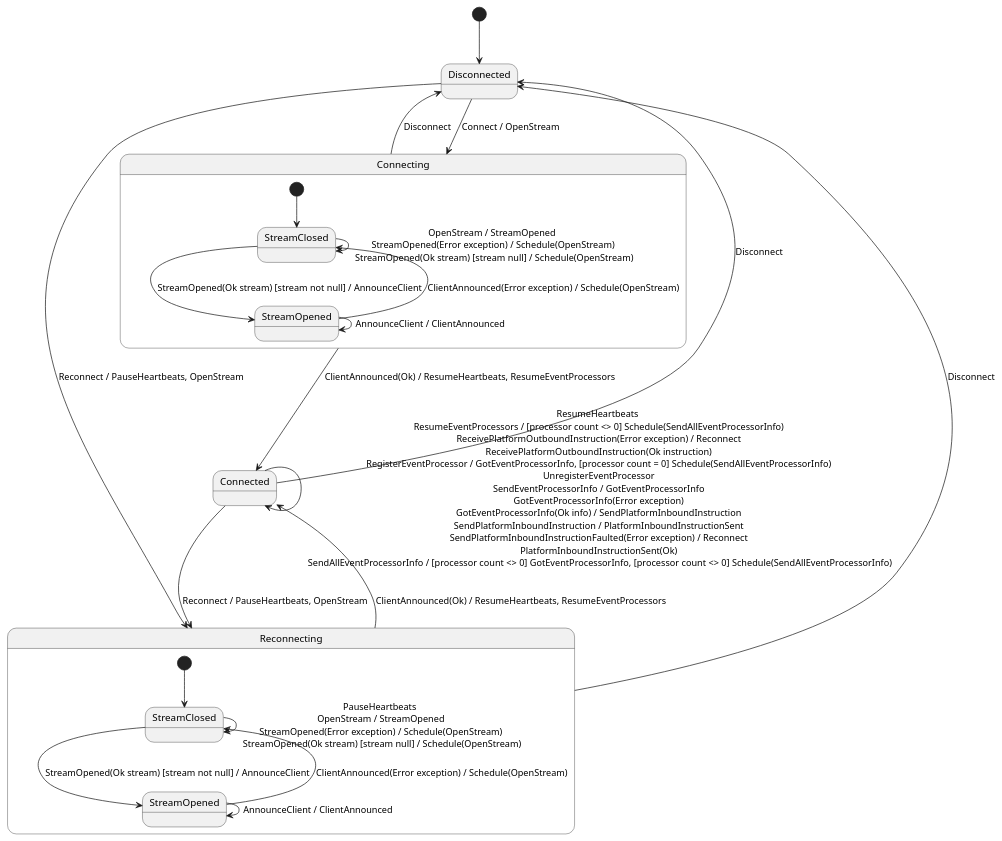
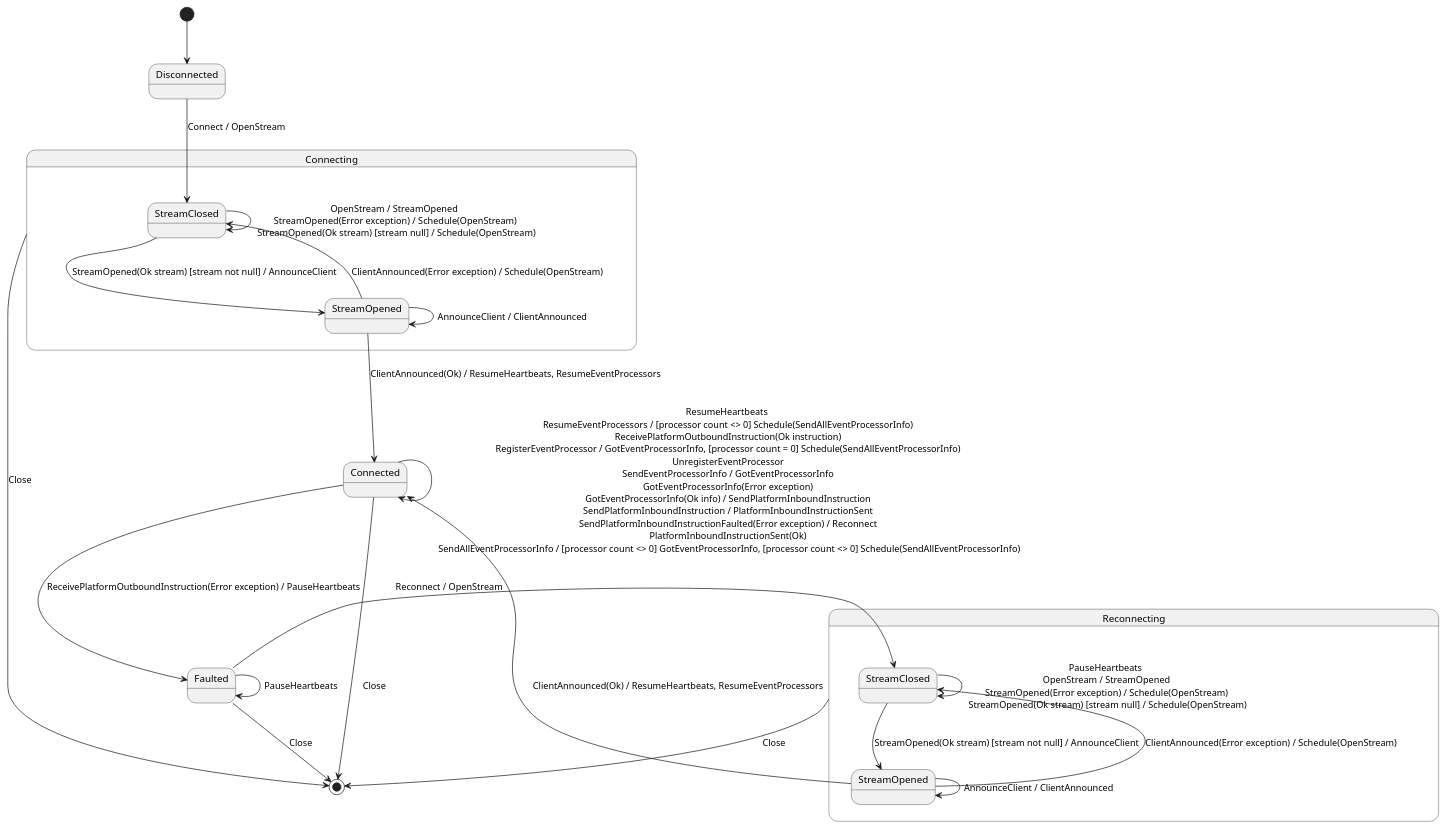
Before and after one commit to AxonIQ/axonserver-connector-dotnet: the diagram in src/AxonIQ.AxonServer.Connector/ControlChannelMachine.plantuml, drawn with PlantUML. The commit also changed 46 other files, not shown here.

```diff
--- a/src/AxonIQ.AxonServer.Connector/ControlChannelMachine.plantuml
+++ b/src/AxonIQ.AxonServer.Connector/ControlChannelMachine.plantuml
@@ -1,29 +1,41 @@
-@startuml ControlChannel Statemachine
+@startuml ControlChannel state machine
 [*] --> Disconnected
-Disconnected --> Connecting: Connect / OpenStream
-Connecting --> Connected: ClientAnnounced(Ok) / ResumeHeartbeats, ResumeEventProcessors
-Connected --> Connected: ResumeHeartbeats \n ResumeEventProcessors / [processor count <> 0] Schedule(SendAllEventProcessorInfo) \n ReceivePlatformOutboundInstruction(Error exception) / Reconnect \n ReceivePlatformOutboundInstruction(Ok instruction) \n RegisterEventProcessor / GotEventProcessorInfo, [processor count = 0] Schedule(SendAllEventProcessorInfo) \n UnregisterEventProcessor \n SendEventProcessorInfo / GotEventProcessorInfo \n GotEventProcessorInfo(Error exception) \n GotEventProcessorInfo(Ok info) / SendPlatformInboundInstruction \n SendPlatformInboundInstruction / PlatformInboundInstructionSent \n SendPlatformInboundInstructionFaulted(Error exception) / Reconnect \n PlatformInboundInstructionSent(Ok) \n SendAllEventProcessorInfo / [processor count <> 0] GotEventProcessorInfo, [processor count <> 0]  Schedule(SendAllEventProcessorInfo)
-Connected --> Reconnecting: Reconnect / PauseHeartbeats, OpenStream
-Disconnected --> Reconnecting: Reconnect / PauseHeartbeats, OpenStream
-Reconnecting --> Connected: ClientAnnounced(Ok) / ResumeHeartbeats, ResumeEventProcessors
-Connected --> Disconnected: Disconnect
-Connecting --> Disconnected: Disconnect
-Reconnecting --> Disconnected: Disconnect
 
 state Connecting {
-    [*] --> Connecting.StreamClosed
-    Connecting.StreamClosed --> Connecting.StreamClosed: OpenStream / StreamOpened \n StreamOpened(Error exception) / Schedule(OpenStream) \n StreamOpened(Ok stream) [stream null] / Schedule(OpenStream)
-    Connecting.StreamClosed --> Connecting.StreamOpened: StreamOpened(Ok stream) [stream not null] / AnnounceClient
-    Connecting.StreamOpened --> Connecting.StreamOpened: AnnounceClient / ClientAnnounced
-    Connecting.StreamOpened --> Connecting.StreamClosed: ClientAnnounced(Error exception) / Schedule(OpenStream) 
+    state Connecting.StreamClosed {
+    }
+    state Connecting.StreamOpened {
+    }     
 }
 
 state Reconnecting {
-    [*] --> Reconnecting.StreamClosed
-    Reconnecting.StreamClosed --> Reconnecting.StreamClosed: PauseHeartbeats \n OpenStream / StreamOpened \n StreamOpened(Error exception) / Schedule(OpenStream) \n StreamOpened(Ok stream) [stream null] / Schedule(OpenStream)
-    Reconnecting.StreamClosed --> Reconnecting.StreamOpened: StreamOpened(Ok stream) [stream not null] / AnnounceClient
-    Reconnecting.StreamOpened --> Reconnecting.StreamOpened: AnnounceClient / ClientAnnounced
-    Reconnecting.StreamOpened --> Reconnecting.StreamClosed: ClientAnnounced(Error exception) / Schedule(OpenStream) 
+    state Reconnecting.StreamClosed {
+    }
+    state Reconnecting.StreamOpened {
+    }     
 }
 
+Disconnected --> Connecting.StreamClosed: Connect / OpenStream
+
+Connected --> Connected: ResumeHeartbeats \n ResumeEventProcessors / [processor count <> 0] Schedule(SendAllEventProcessorInfo) \n ReceivePlatformOutboundInstruction(Ok instruction) \n RegisterEventProcessor / GotEventProcessorInfo, [processor count = 0] Schedule(SendAllEventProcessorInfo) \n UnregisterEventProcessor \n SendEventProcessorInfo / GotEventProcessorInfo \n GotEventProcessorInfo(Error exception) \n GotEventProcessorInfo(Ok info) / SendPlatformInboundInstruction \n SendPlatformInboundInstruction / PlatformInboundInstructionSent \n SendPlatformInboundInstructionFaulted(Error exception) / Reconnect \n PlatformInboundInstructionSent(Ok) \n SendAllEventProcessorInfo / [processor count <> 0] GotEventProcessorInfo, [processor count <> 0] Schedule(SendAllEventProcessorInfo)
+Connected --> Faulted: ReceivePlatformOutboundInstruction(Error exception) / PauseHeartbeats
+Faulted --> Reconnecting.StreamClosed: Reconnect / OpenStream
+Faulted --> Faulted: PauseHeartbeats
+
+Connecting.StreamClosed --> Connecting.StreamClosed: OpenStream / StreamOpened \n StreamOpened(Error exception) / Schedule(OpenStream) \n StreamOpened(Ok stream) [stream null] / Schedule(OpenStream)
+Connecting.StreamClosed --> Connecting.StreamOpened: StreamOpened(Ok stream) [stream not null] / AnnounceClient
+Connecting.StreamOpened --> Connecting.StreamOpened: AnnounceClient / ClientAnnounced
+Connecting.StreamOpened --> Connecting.StreamClosed: ClientAnnounced(Error exception) / Schedule(OpenStream)
+Connecting.StreamOpened --> Connected: ClientAnnounced(Ok) / ResumeHeartbeats, ResumeEventProcessors
+
+Reconnecting.StreamClosed --> Reconnecting.StreamClosed: PauseHeartbeats \n OpenStream / StreamOpened \n StreamOpened(Error exception) / Schedule(OpenStream) \n StreamOpened(Ok stream) [stream null] / Schedule(OpenStream)
+Reconnecting.StreamClosed --> Reconnecting.StreamOpened: StreamOpened(Ok stream) [stream not null] / AnnounceClient
+Reconnecting.StreamOpened --> Reconnecting.StreamOpened: AnnounceClient / ClientAnnounced
+Reconnecting.StreamOpened --> Reconnecting.StreamClosed: ClientAnnounced(Error exception) / Schedule(OpenStream)
+Reconnecting.StreamOpened --> Connected: ClientAnnounced(Ok) / ResumeHeartbeats, ResumeEventProcessors
+
+Connecting --> [*]: Close
+Reconnecting --> [*]: Close
+Connected --> [*]: Close
+Faulted --> [*]: Close
 @enduml
```
